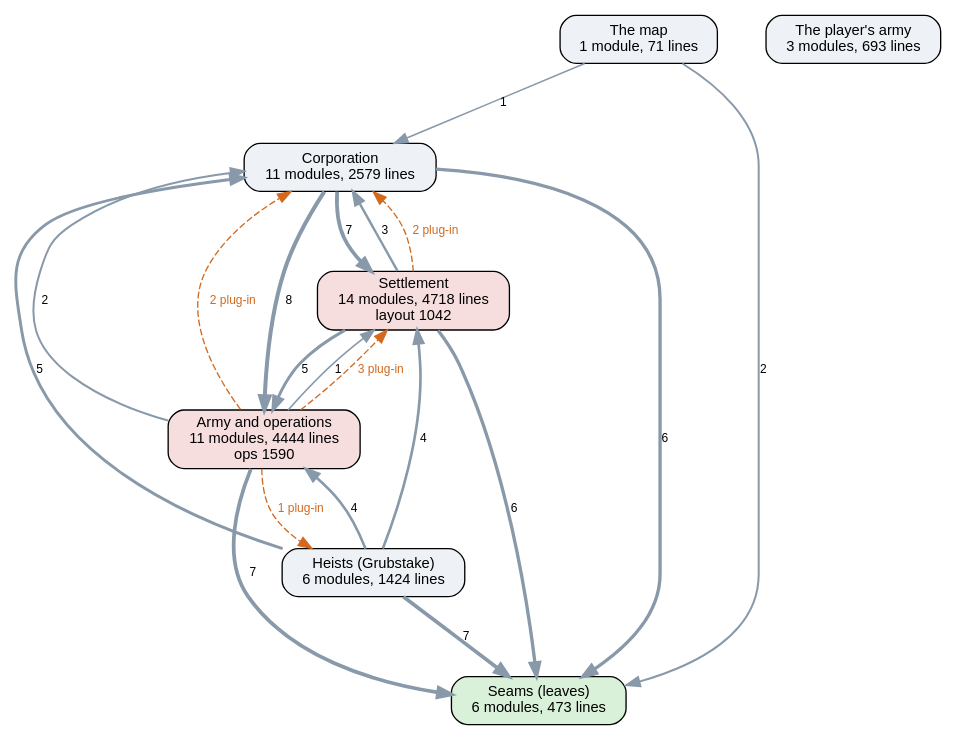
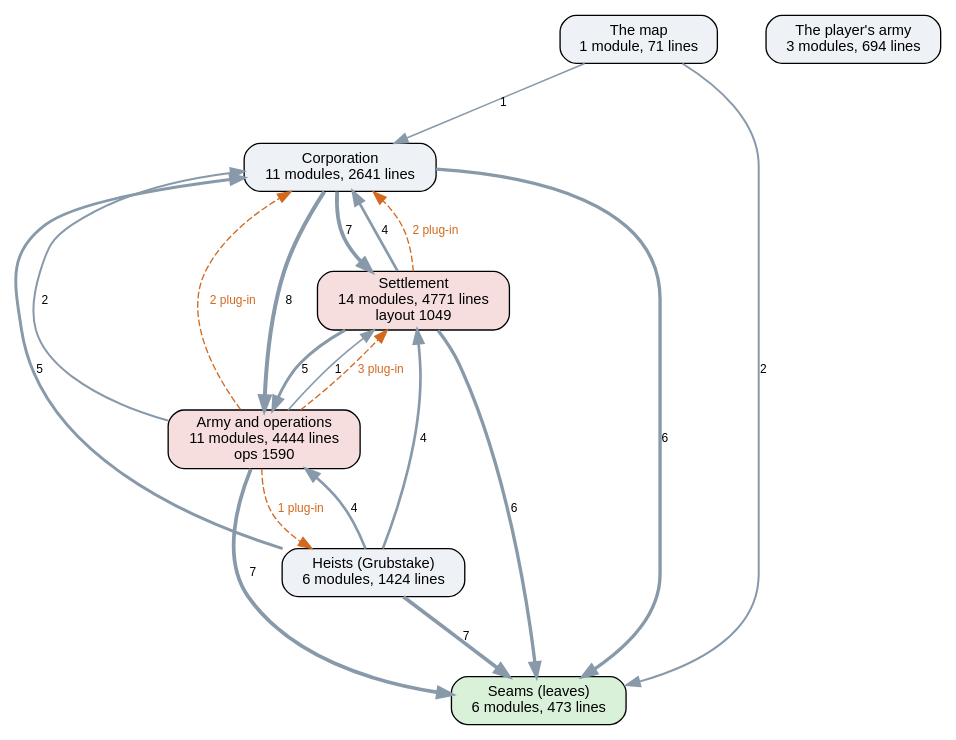
Before and after one commit to kinelhu/landing-party: the diagram in docs/ai-layers.dot, drawn with Graphviz. The commit also changed 24 other files, not shown here.

```diff
--- a/docs/ai-layers.dot
+++ b/docs/ai-layers.dot
@@ -1,31 +1,31 @@
 digraph layers {
   graph [rankdir=TB, fontname="Helvetica", nodesep=0.5, ranksep=0.7];
   node [shape=box, style="rounded,filled", fontname="Helvetica", fontsize=11, fillcolor="#eef2f7"];
   edge [color="#8899aa", fontname="Helvetica", fontsize=9];
   "Seams (leaves)" [label="Seams (leaves)\n6 modules, 473 lines", fillcolor="#d9f0d9"];
-  "Corporation" [label="Corporation\n11 modules, 2579 lines", fillcolor="#eef2f7"];
-  "Settlement" [label="Settlement\n14 modules, 4718 lines\nlayout 1042", fillcolor="#f7dede"];
+  "Corporation" [label="Corporation\n11 modules, 2641 lines", fillcolor="#eef2f7"];
+  "Settlement" [label="Settlement\n14 modules, 4771 lines\nlayout 1049", fillcolor="#f7dede"];
   "Army and operations" [label="Army and operations\n11 modules, 4444 lines\nops 1590", fillcolor="#f7dede"];
   "Heists (Grubstake)" [label="Heists (Grubstake)\n6 modules, 1424 lines", fillcolor="#eef2f7"];
   "The map" [label="The map\n1 module, 71 lines", fillcolor="#eef2f7"];
-  "The player's army" [label="The player's army\n3 modules, 693 lines", fillcolor="#eef2f7"];
+  "The player's army" [label="The player's army\n3 modules, 694 lines", fillcolor="#eef2f7"];
   "Army and operations" -> "Corporation" [label="2", penwidth=1.5];
   "Army and operations" -> "Seams (leaves)" [label="7", penwidth=2.8];
   "Army and operations" -> "Settlement" [label="1", penwidth=1.2];
   "Corporation" -> "Army and operations" [label="8", penwidth=3.0];
   "Corporation" -> "Seams (leaves)" [label="6", penwidth=2.5];
   "Corporation" -> "Settlement" [label="7", penwidth=2.8];
   "Heists (Grubstake)" -> "Army and operations" [label="4", penwidth=2.0];
   "Heists (Grubstake)" -> "Corporation" [label="5", penwidth=2.2];
   "Heists (Grubstake)" -> "Seams (leaves)" [label="7", penwidth=2.8];
   "Heists (Grubstake)" -> "Settlement" [label="4", penwidth=2.0];
   "Settlement" -> "Army and operations" [label="5", penwidth=2.2];
-  "Settlement" -> "Corporation" [label="3", penwidth=1.8];
+  "Settlement" -> "Corporation" [label="4", penwidth=2.0];
   "Settlement" -> "Seams (leaves)" [label="6", penwidth=2.5];
   "The map" -> "Corporation" [label="1", penwidth=1.2];
   "The map" -> "Seams (leaves)" [label="2", penwidth=1.5];
   "Army and operations" -> "Corporation" [style=dashed, color="#d2691e", fontcolor="#d2691e", label="2 plug-in"];
   "Army and operations" -> "Heists (Grubstake)" [style=dashed, color="#d2691e", fontcolor="#d2691e", label="1 plug-in"];
   "Army and operations" -> "Settlement" [style=dashed, color="#d2691e", fontcolor="#d2691e", label="3 plug-in"];
   "Settlement" -> "Corporation" [style=dashed, color="#d2691e", fontcolor="#d2691e", label="2 plug-in"];
 }
```
